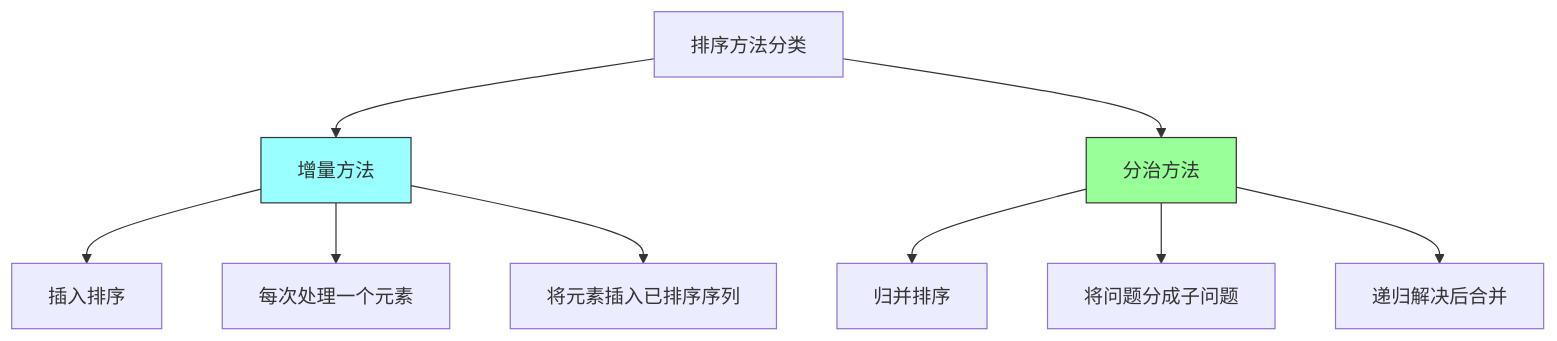
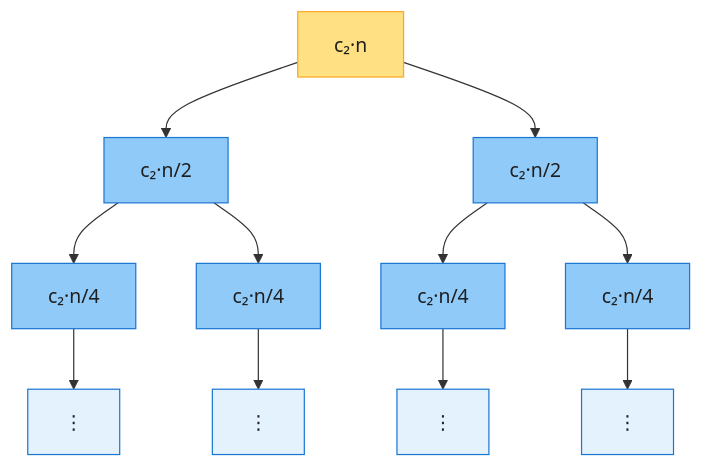
Before and after one commit to socoo123/book_reading: the third of 4 diagrams in IntroductionToAlgorithms/Chapter02_排序算法基础_深度版.md, drawn with Mermaid. The commit also changed other lines of this file and 30 other files, not shown here.

````diff
--- a/IntroductionToAlgorithms/Chapter02_排序算法基础_深度版.md
+++ b/IntroductionToAlgorithms/Chapter02_排序算法基础_深度版.md
@@ -629,16 +290,20 @@
 ```mermaid
 graph TD
-    A["排序方法分类"] --> B["增量方法"]
-    A --> C["分治方法"]
+    r["c₂·n"] --> a["c₂·n/2"]
+    r --> b["c₂·n/2"]
+    a --> c["c₂·n/4"]
+    a --> d["c₂·n/4"]
+    b --> e["c₂·n/4"]
+    b --> f["c₂·n/4"]
+    c --> g["⋮"]
+    d --> h["⋮"]
+    e --> i["⋮"]
+    f --> j["⋮"]
 
-    B --> B1["插入排序"]
-    B --> B2["每次处理一个元素"]
-    B --> B3["将元素插入已排序序列"]
-
-    C --> C1["归并排序"]
-    C --> C2["将问题分成子问题"]
-    C --> C3["递归解决后合并"]
-
-    style B fill:#9ff,stroke:#333
-    style C fill:#9f9,stroke:#333
+    classDef lv0 fill:#FFE082,stroke:#F9A825,color:#1f1f1f
+    classDef lv fill:#90CAF9,stroke:#1976D2,color:#1f1f1f
+    classDef dots fill:#E3F2FD,stroke:#1976D2,color:#1f1f1f
+    class r lv0
+    class a,b,c,d,e,f lv
+    class g,h,i,j dots
 ```
````
